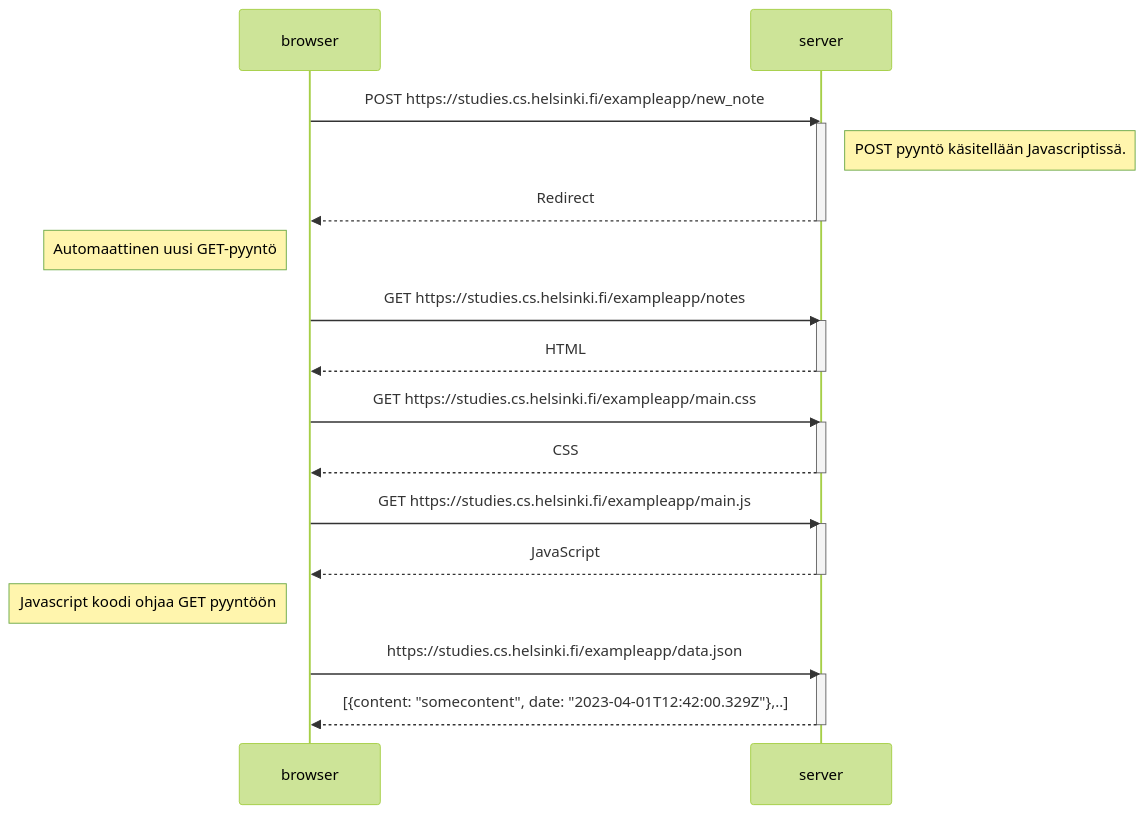
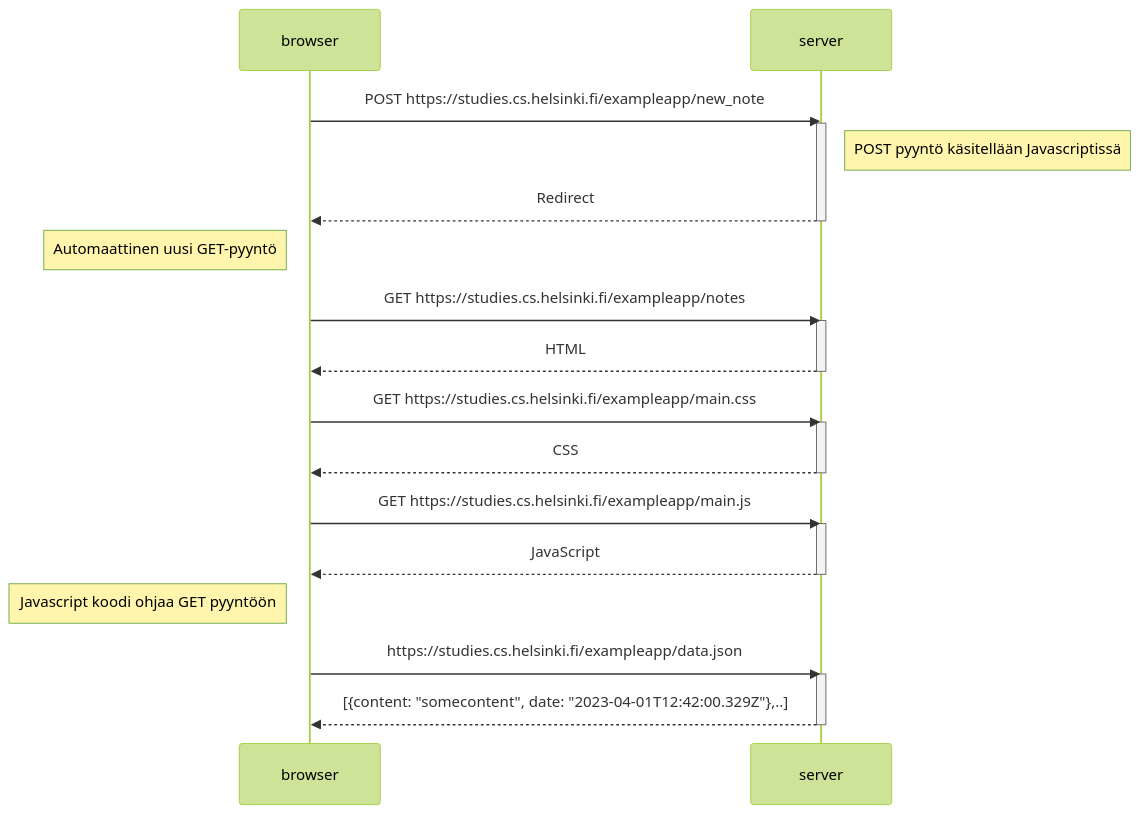
Before and after one commit to hennasavilahti/fullstack-open-2023: the diagram in osa-0/0.4.md, drawn with Mermaid (forest theme).

Commit message:
Finished assignment 0.4

````diff
--- a/osa-0/0.4.md
+++ b/osa-0/0.4.md
@@ -1,33 +1,33 @@
 ```mermaid
 sequenceDiagram
     participant browser
     participant server
 
     browser->>server:POST https://studies.cs.helsinki.fi/exampleapp/new_note
     activate server
-    Note right of server: POST pyyntö käsitellään Javascriptissä.
+    Note right of server: POST pyyntö käsitellään Javascriptissä
     server-->>browser:Redirect
     deactivate server
     Note left of browser: Automaattinen uusi GET-pyyntö
 
     browser->>server:GET https://studies.cs.helsinki.fi/exampleapp/notes
     activate server
     server-->>browser:HTML
     deactivate server
 
     browser->>server:GET https://studies.cs.helsinki.fi/exampleapp/main.css
     activate server
     server-->>browser:CSS
     deactivate server
 
     browser->>server:GET https://studies.cs.helsinki.fi/exampleapp/main.js
     activate server
     server-->>browser:JavaScript
     deactivate server
     Note left of browser: Javascript koodi ohjaa GET pyyntöön
 
     browser->>server:https://studies.cs.helsinki.fi/exampleapp/data.json
     activate server
     server-->>browser:[{content: "somecontent", date: "2023-04-01T12:42:00.329Z"},..]
     deactivate server
 ```
````
